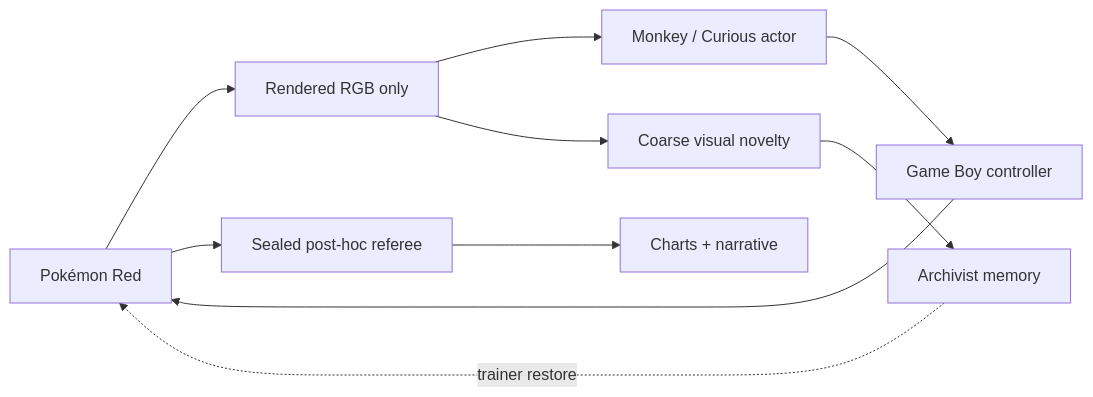
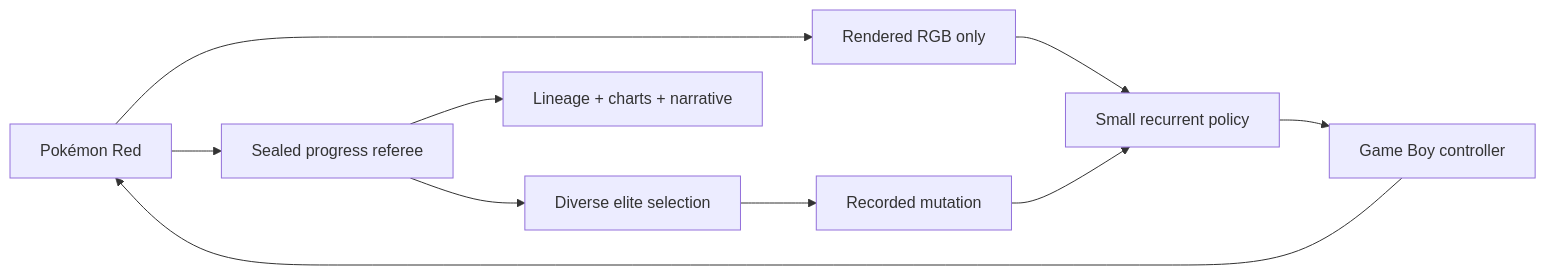
Before and after one commit to PeteAndrews1289/pokemon-red-ai: the second of 2 diagrams in README.md, drawn with Mermaid. The commit also changed other lines of this file and 15 other files, not shown here.

````diff
--- a/README.md
+++ b/README.md
@@ -88,12 +89,12 @@
 ```mermaid
 flowchart LR
     Game["Pokémon Red"] --> Pixels["Rendered RGB only"]
-    Pixels --> Actor["Monkey / Curious actor"]
-    Actor --> Act["Game Boy controller"]
+    Pixels --> Policy["Small recurrent policy"]
+    Policy --> Act["Game Boy controller"]
     Act --> Game
-    Pixels --> Novelty["Coarse visual novelty"]
-    Novelty --> Archive["Archivist memory"]
-    Archive -. "trainer restore" .-> Game
-    Game --> Referee["Sealed post-hoc referee"]
-    Referee --> Story["Charts + narrative"]
+    Game --> Referee["Sealed progress referee"]
+    Referee --> Selection["Diverse elite selection"]
+    Selection --> Mutation["Recorded mutation"]
+    Mutation --> Policy
+    Referee --> Story["Lineage + charts + narrative"]
 ```
````
